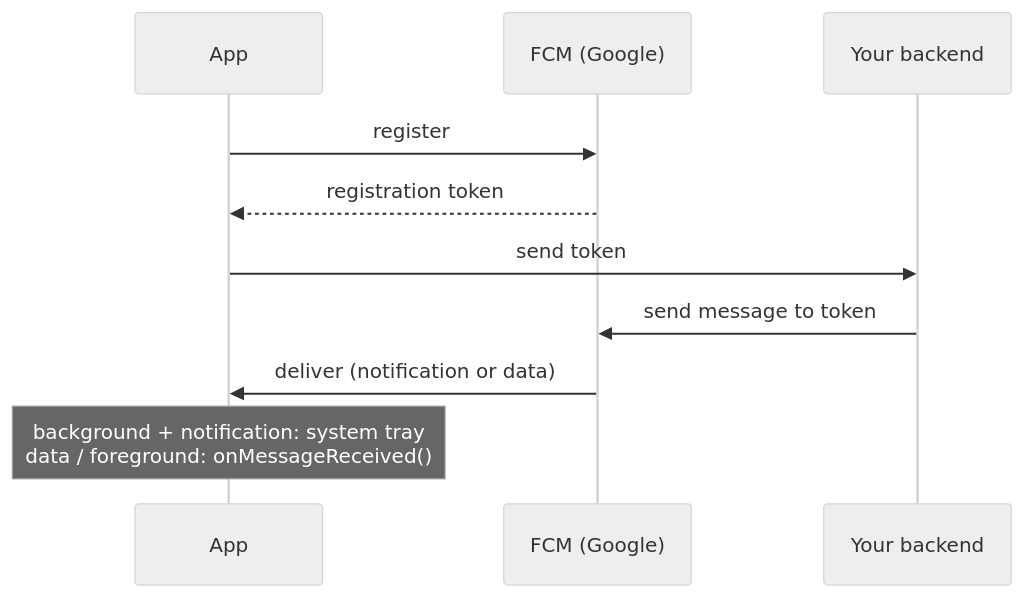
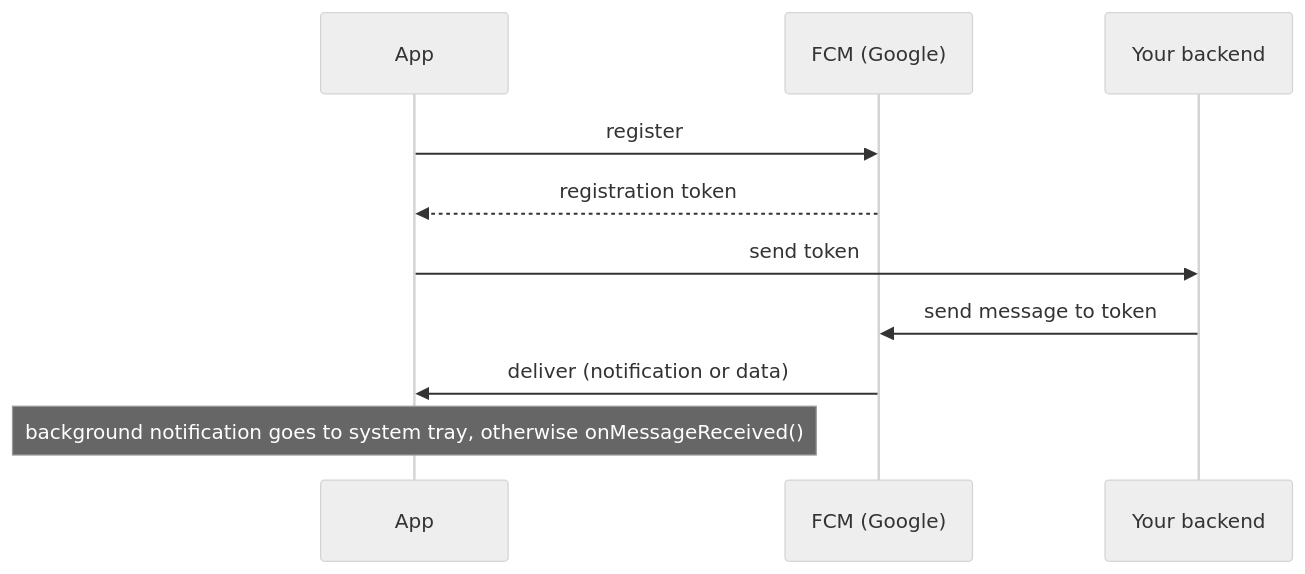
One commit to AkshayAshokCode/Android-Interview-Questions-cheat-sheet changed the seventh of 10 diagrams in topics/15-networking.md. Above: the diagram before and after it, drawn with Mermaid (neutral theme). The commit also changed other lines of this file and 21 other files, not shown here.

````diff
--- a/topics/15-networking.md
+++ b/topics/15-networking.md
@@ -287,12 +1189,12 @@
 ```mermaid
 sequenceDiagram
     participant App
     participant FCM as FCM (Google)
     participant BE as Your backend
     App->>FCM: register
     FCM-->>App: registration token
     App->>BE: send token
     BE->>FCM: send message to token
     FCM->>App: deliver (notification or data)
-    Note over App: background + notification: system tray<br/>data / foreground: onMessageReceived()
+    Note over App: background notification goes to system tray, otherwise onMessageReceived()
 ```
````
